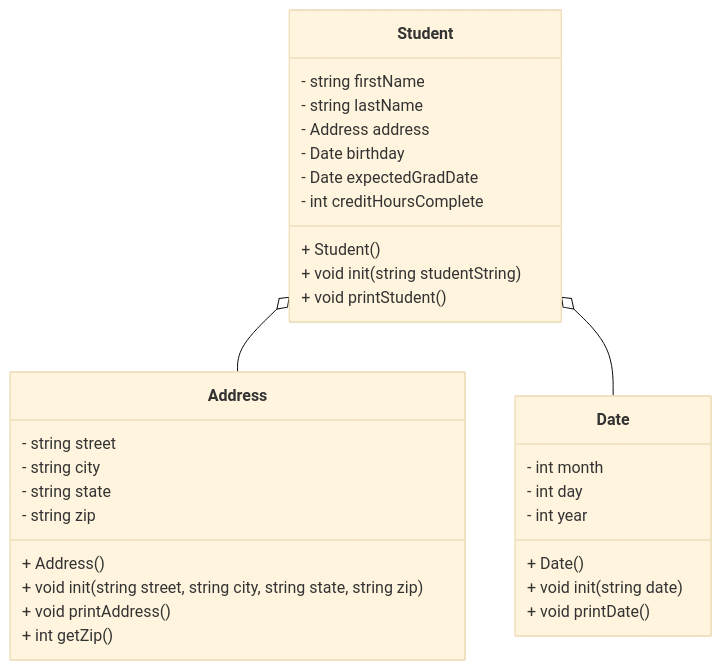
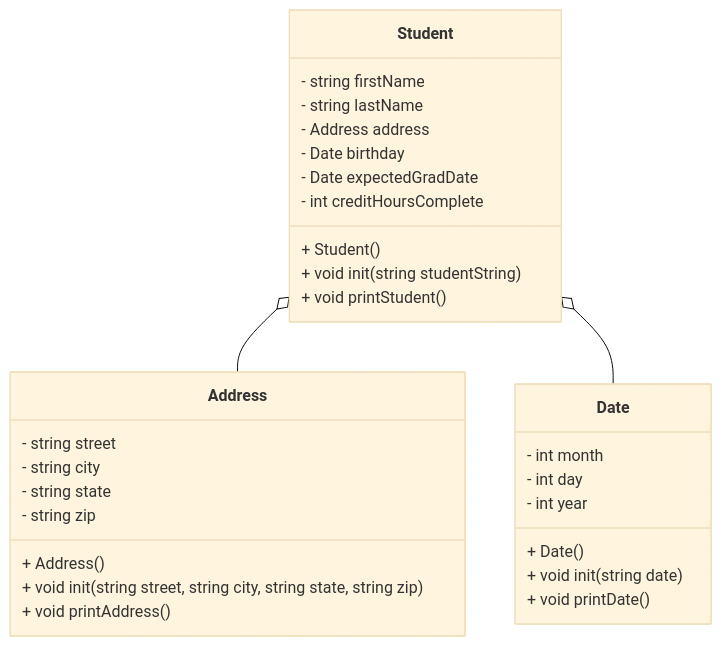
Before and after one commit to Lord-Raymik/CS121_Lab6: the diagram in studentHeap/README.md, drawn with Mermaid (base theme). The commit also changed 8 other files, not shown here.

````diff
--- a/studentHeap/README.md
+++ b/studentHeap/README.md
@@ -3,42 +3,41 @@
 ```mermaid
 classDiagram
 
     class Address {    
         - string street
         - string city
         - string state
         - string zip
 
         + Address()
         + void init(string street, string city, string state, string zip)
         + void printAddress()
-        + int getZip()
     }
 
     class Date {
         - int month
         - int day
         - int year
 
         + Date()
         + void init(string date)
         + void printDate()
     }
 
     class Student {
         - string firstName
         - string lastName
         - Address address
         - Date birthday
         - Date expectedGradDate
         - int creditHoursComplete
 
         + Student()
         + void init(string studentString)
         + void printStudent() 
     }
 
     Student o-- Address
     Student o-- Date
 
 ```
````
